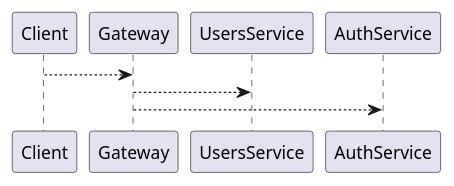
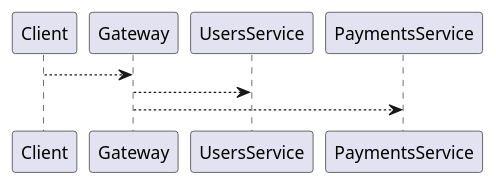
One commit to ratel4150/TB changed the diagram in README.md. Above: the diagram before and after it, drawn with PlantUML. The commit also changed other lines of this file, not shown here.

```diff
--- a/README.md
+++ b/README.md
@@ -191,5 +261,5 @@
 @startuml
 Client --> Gateway
 Gateway --> UsersService
-Gateway --> AuthService
+Gateway --> PaymentsService
 @enduml
```
